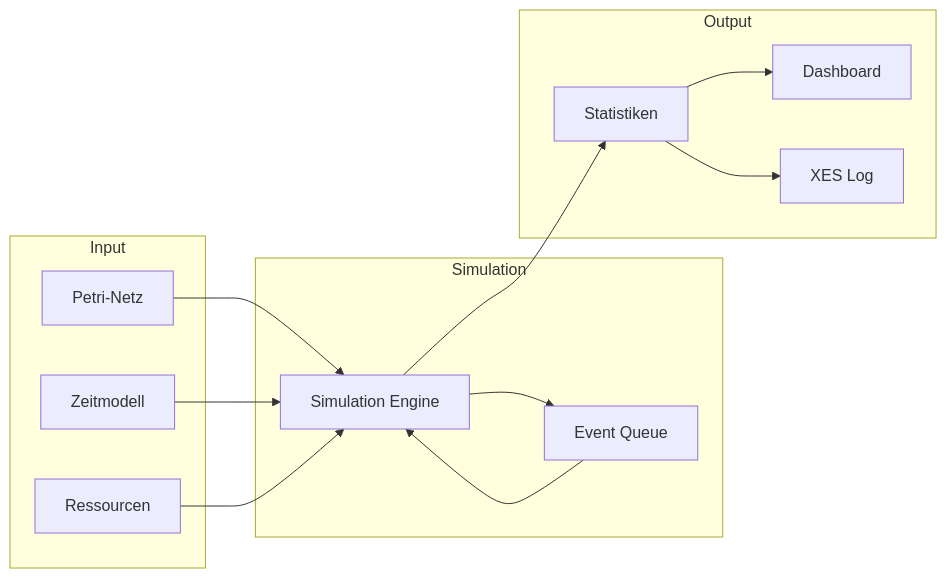
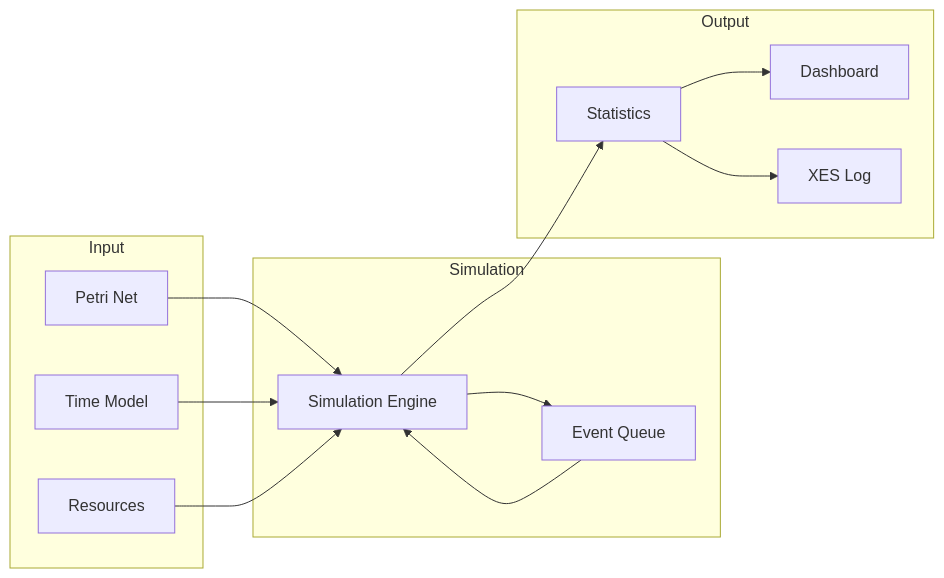
One commit to woped/woped-next changed the first of 5 diagrams in docs/migration/07-quantitative-simulation.md. Above: the diagram before and after it, drawn with Mermaid. The commit also changed other lines of this file and 24 other files, not shown here.

````diff
--- a/docs/migration/07-quantitative-simulation.md
+++ b/docs/migration/07-quantitative-simulation.md
@@ -7,28 +7,28 @@
 ```mermaid
 graph LR
     subgraph Input
-        NET[Petri-Netz]
-        TIME[Zeitmodell]
-        RES[Ressourcen]
+        NET[Petri Net]
+        TIME[Time Model]
+        RES[Resources]
     end
     
     subgraph Simulation
         SIM[Simulation Engine]
         EVENTS[Event Queue]
     end
     
     subgraph Output
-        STATS[Statistiken]
+        STATS[Statistics]
         DASH[Dashboard]
         LOG[XES Log]
     end
     
     NET --> SIM
     TIME --> SIM
     RES --> SIM
     SIM --> EVENTS
     EVENTS --> SIM
     SIM --> STATS
     STATS --> DASH
     STATS --> LOG
 ```
````
